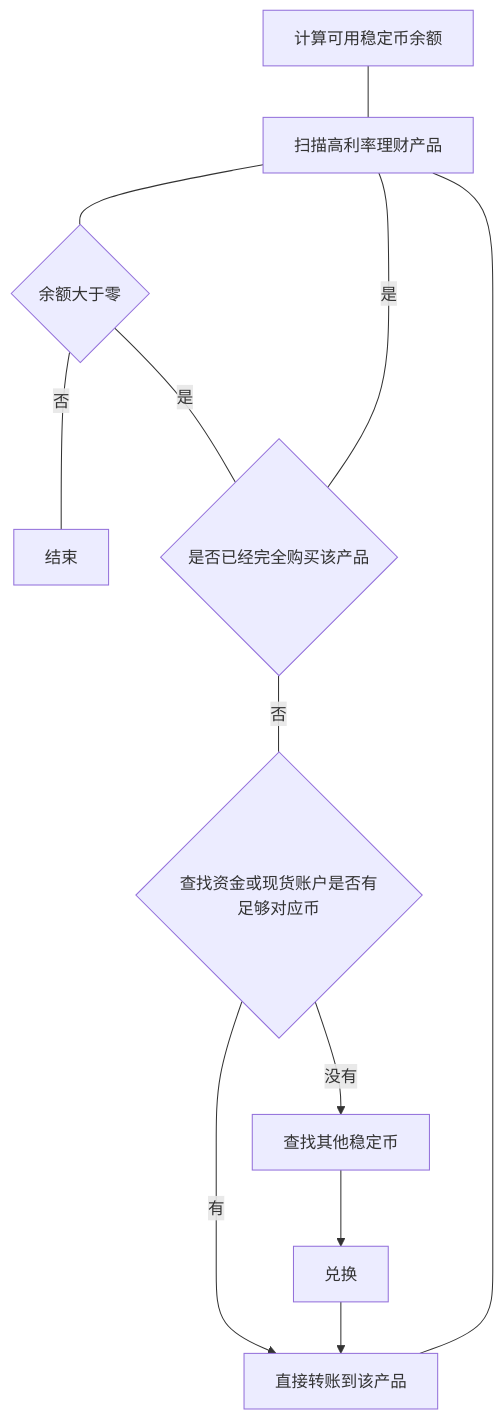
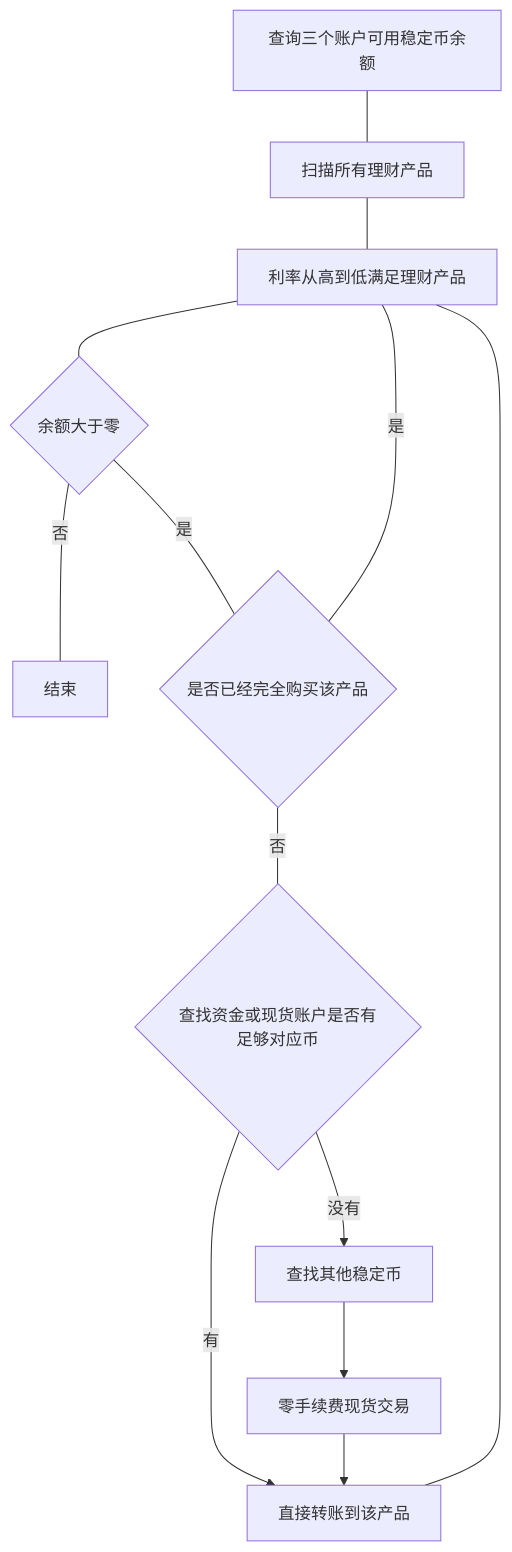
Before and after one commit to chesha1/binance-earn-helper: the diagram in README.md, drawn with Mermaid.

Commit message:
docs: 更新流程图，优化程序逻辑

````diff
--- a/README.md
+++ b/README.md
@@ -4,25 +4,24 @@
 ```mermaid
 graph TD
-    A["扫描高利率理财产品"]
-    B{查找资金或现货账户余额}
+    A["利率从高到低满足理财产品"]
+    B{查找资金或现货账户是否有足够对应币}
     D["查找其他稳定币"]
-    E["兑换"]
+    E["零手续费现货交易"]
     C["直接转账到该产品"]
-    n1["计算可用稳定币余额"]
-    n2@{ shape: "diam", label: "余额大于零" }
+    n1["查询三个账户可用稳定币余额"]
+    n2{余额大于零}
     n3["结束"]
-    n4@{ shape: "diam", label: "是否已经完全购买该产品" }
+    n4{是否已经完全购买该产品}
+    n5["扫描所有理财产品"]
 
-    %% 资金或现货账户查询
     B -->|有| C
     B -->|没有| D --> E --> C
-  
-    %% 主流程
-    n1 --- A
     A --- n2
     n2 ---|"否"| n3
     n2 ---|"是"| n4
     n4 ---|"是"| A
-    n4 ---|"否"| B{"查找资金或现货账户是否有足够对应币"}
+    n4 ---|"否"| B
     C --- A
+	n1 --- n5
+	n5 --- A
 ```
````
